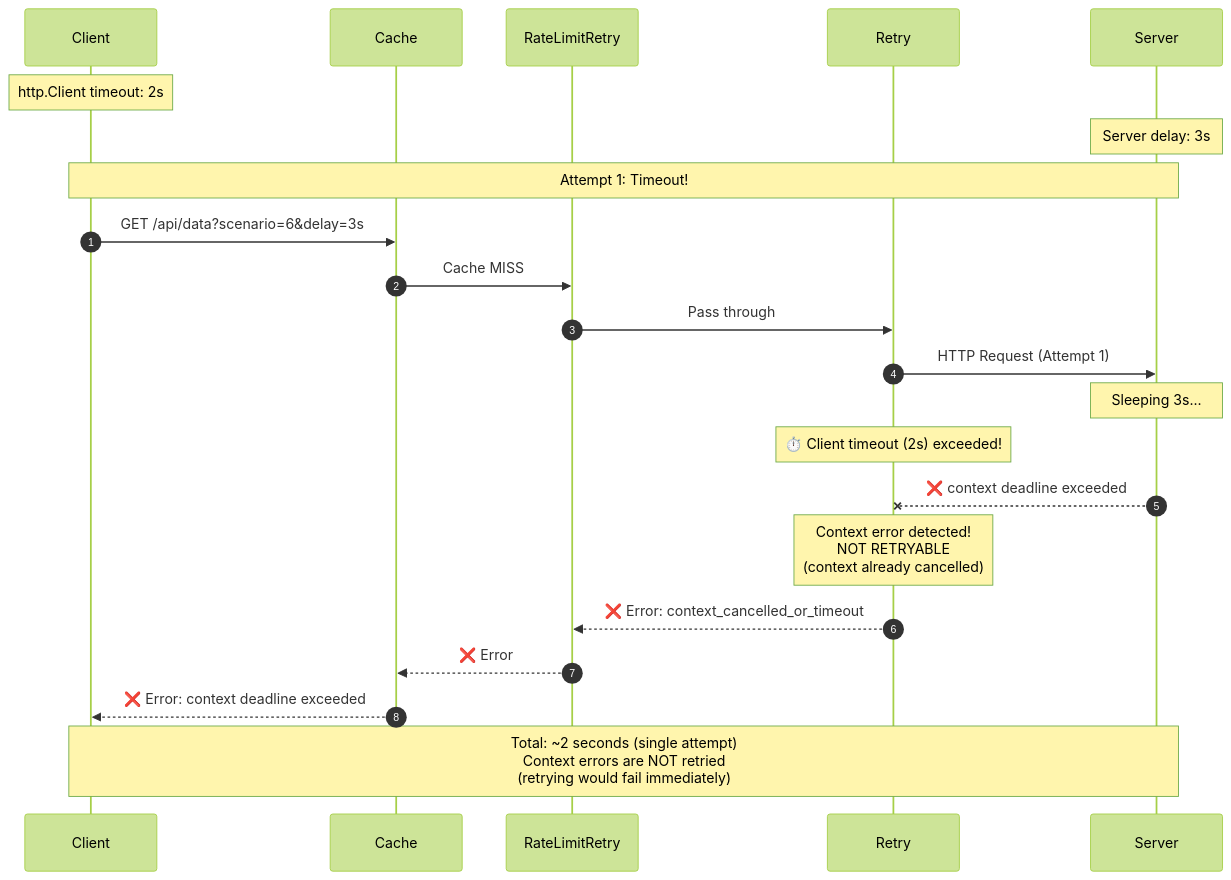
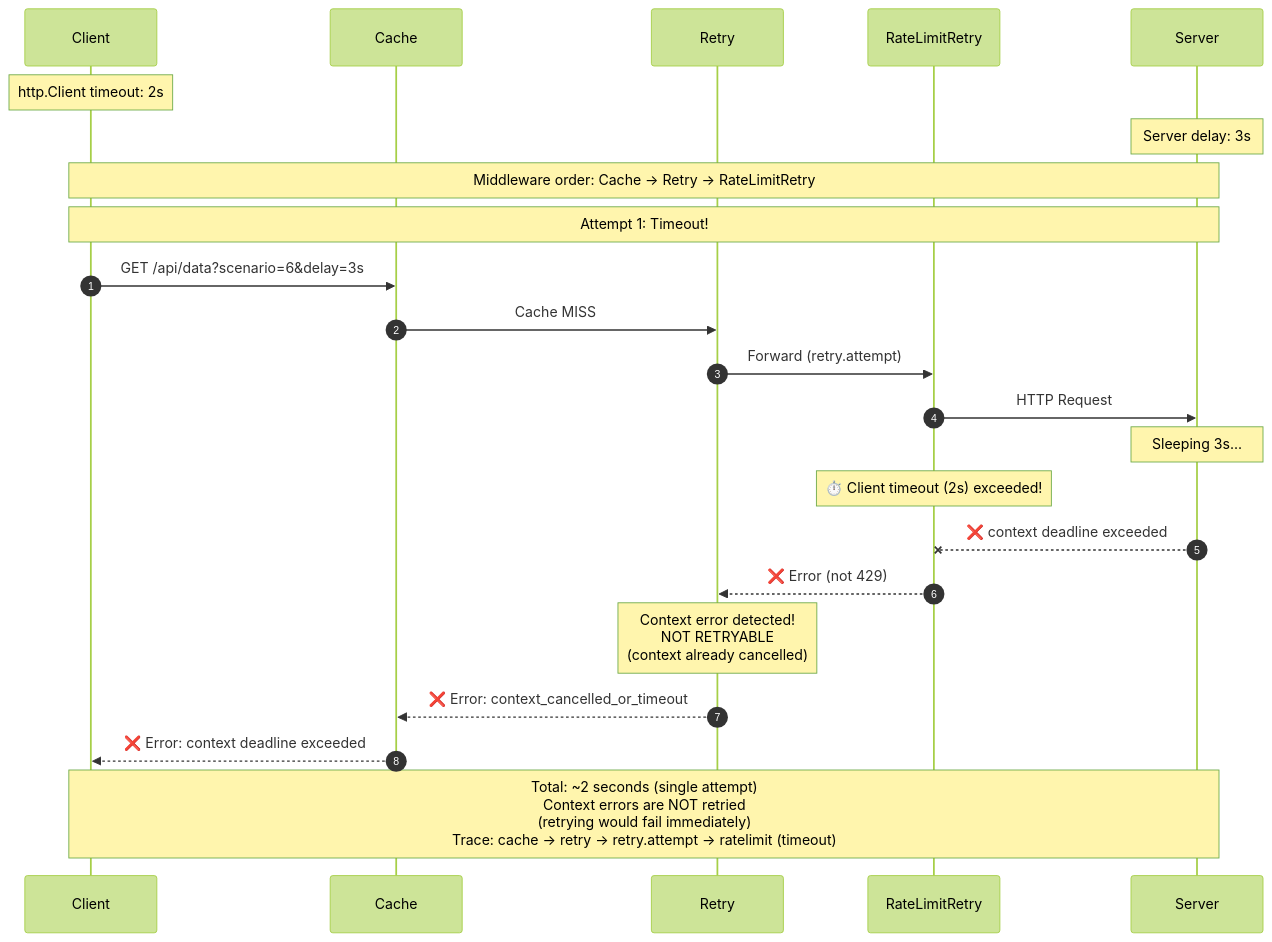
One commit to halyph/mindflow-http-middleware-patterns changed the diagram in diagrams/scenario-6-timeout-demo.md. Above: the diagram before and after it, drawn with Mermaid (forest theme). The commit also changed 11 other files, not shown here.

Commit message:
updated middleware order

````diff
--- a/diagrams/scenario-6-timeout-demo.md
+++ b/diagrams/scenario-6-timeout-demo.md
@@ -5,29 +5,30 @@
 ```mermaid
 sequenceDiagram
     autonumber
     participant Client
     participant Cache
+    participant Retry
     participant RateLimitRetry
-    participant Retry
     participant Server
 
     Note over Client: http.Client timeout: 2s
     Note over Server: Server delay: 3s
+    Note over Client,Server: Middleware order: Cache → Retry → RateLimitRetry
 
     Note over Client,Server: Attempt 1: Timeout!
 
     Client->>Cache: GET /api/data?scenario=6&delay=3s
-    Cache->>RateLimitRetry: Cache MISS
-    RateLimitRetry->>Retry: Pass through
-    Retry->>Server: HTTP Request (Attempt 1)
+    Cache->>Retry: Cache MISS
+    Retry->>RateLimitRetry: Forward (retry.attempt)
+    RateLimitRetry->>Server: HTTP Request
     Note over Server: Sleeping 3s...
-    Note over Retry: ⏱️ Client timeout (2s) exceeded!
-    Server--xRetry: ❌ context deadline exceeded
+    Note over RateLimitRetry: ⏱️ Client timeout (2s) exceeded!
+    Server--xRateLimitRetry: ❌ context deadline exceeded
+    RateLimitRetry-->>Retry: ❌ Error (not 429)
     Note over Retry: Context error detected!<br/>NOT RETRYABLE<br/>(context already cancelled)
 
-    Retry-->>RateLimitRetry: ❌ Error: context_cancelled_or_timeout
-    RateLimitRetry-->>Cache: ❌ Error
+    Retry-->>Cache: ❌ Error: context_cancelled_or_timeout
     Cache-->>Client: ❌ Error: context deadline exceeded
 
-    Note over Client,Server: Total: ~2 seconds (single attempt)<br/>Context errors are NOT retried<br/>(retrying would fail immediately)
+    Note over Client,Server: Total: ~2 seconds (single attempt)<br/>Context errors are NOT retried<br/>(retrying would fail immediately)<br/>Trace: cache → retry → retry.attempt → ratelimit (timeout)
 ```
````
